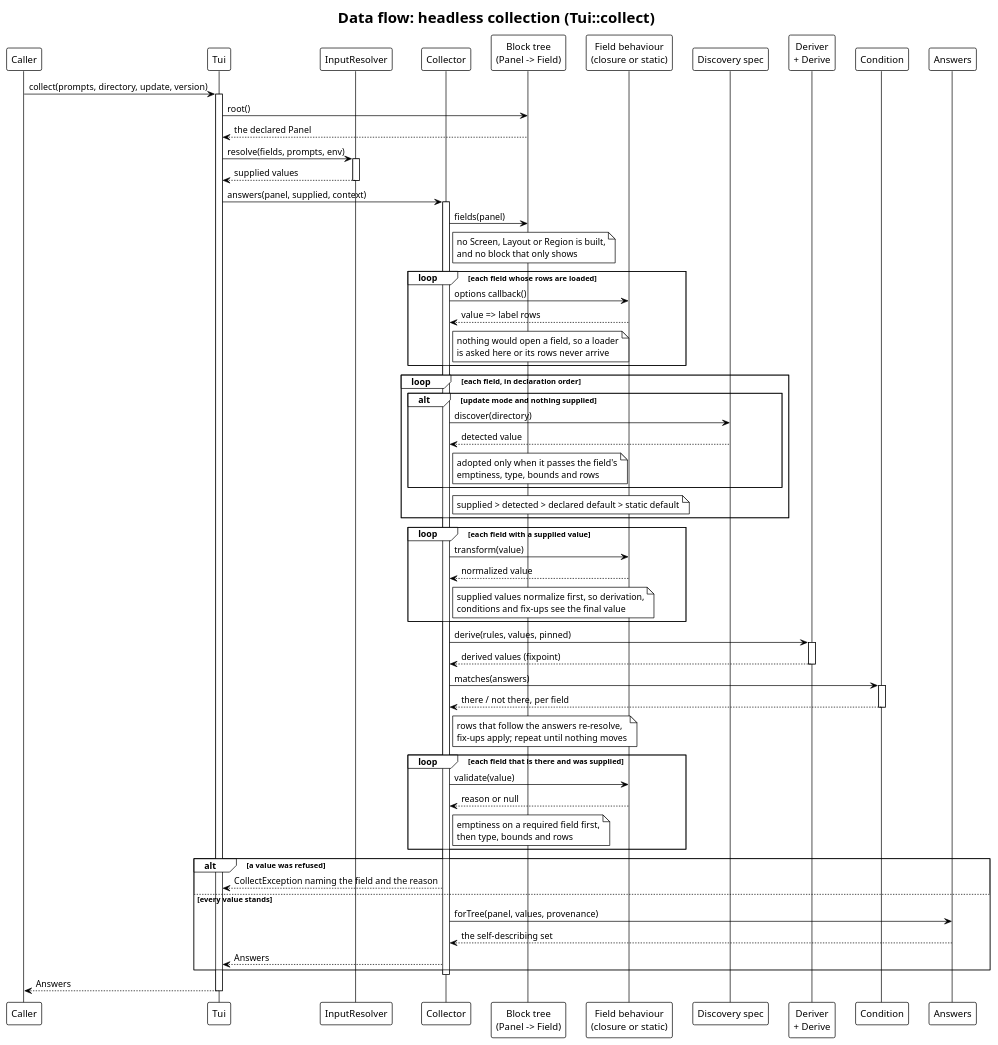
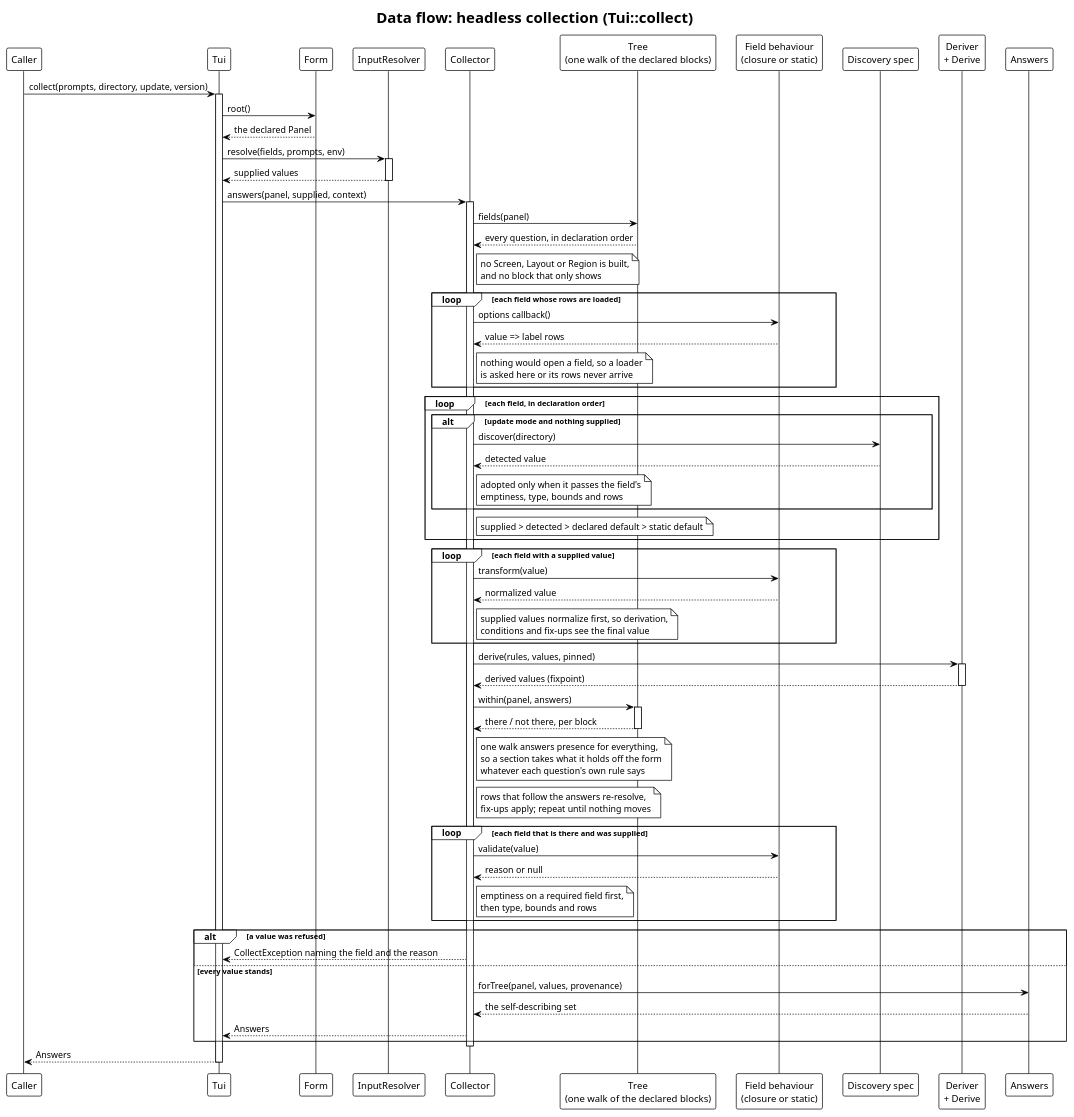
Before and after one commit to drevops/phptui: the diagram in docs/architecture/dataflow-collect.puml, drawn with PlantUML. The commit also changed 326 other files, not shown here.

Commit message:
Resolved the architecture tensions: single-point enforcement, conditional sections, and layout-owned arrangement. (#148)

```diff
--- a/docs/architecture/dataflow-collect.puml
+++ b/docs/architecture/dataflow-collect.puml
@@ -1,89 +1,91 @@
 @startuml
 ' drevops/tui - data flow for headless collection.
 ' Traced from src/Tui.php (collect) and src/Screen/Collector.php
 ' (answers -> fetched -> settle -> resolveAll -> transformSupplied -> stabilize
 ' -> refusal).
 ' Regenerate every SVG with:  plantuml -tsvg docs/architecture/*.puml
 !theme plain
 skinparam backgroundColor white
 skinparam defaultFontName Helvetica
 skinparam shadowing false
 title Data flow: headless collection (Tui::collect)
 
 participant "Caller" as Caller
 participant "Tui" as Tui
+participant "Form" as Form
 participant "InputResolver" as IR
 participant "Collector" as Col
-participant "Block tree\n(Panel -> Field)" as Tree
+participant "Tree\n(one walk of the declared blocks)" as Tree
 participant "Field behaviour\n(closure or static)" as B
 participant "Discovery spec" as Disc
 participant "Deriver\n+ Derive" as Der
-participant "Condition" as CE
 participant "Answers" as Ans
 
 Caller -> Tui: collect(prompts, directory, update, version)
 activate Tui
 
-Tui -> Tree: root()
-Tree --> Tui: the declared Panel
+Tui -> Form: root()
+Form --> Tui: the declared Panel
 
 Tui -> IR: resolve(fields, prompts, env)
 activate IR
 IR --> Tui: supplied values
 deactivate IR
 
 Tui -> Col: answers(panel, supplied, context)
 activate Col
 
 Col -> Tree: fields(panel)
+Tree --> Col: every question, in declaration order
 note right of Col: no Screen, Layout or Region is built,\nand no block that only shows
 
 loop each field whose rows are loaded
   Col -> B: options callback()
   B --> Col: value => label rows
   note right of Col: nothing would open a field, so a loader\nis asked here or its rows never arrive
 end
 
 loop each field, in declaration order
   alt update mode and nothing supplied
     Col -> Disc: discover(directory)
     Disc --> Col: detected value
     note right of Col: adopted only when it passes the field's\nemptiness, type, bounds and rows
   end
   note right of Col: supplied > detected > declared default > static default
 end
 
 loop each field with a supplied value
   Col -> B: transform(value)
   B --> Col: normalized value
   note right of Col: supplied values normalize first, so derivation,\nconditions and fix-ups see the final value
 end
 
 Col -> Der: derive(rules, values, pinned)
 activate Der
 Der --> Col: derived values (fixpoint)
 deactivate Der
-Col -> CE: matches(answers)
-activate CE
-CE --> Col: there / not there, per field
-deactivate CE
+Col -> Tree: within(panel, answers)
+activate Tree
+Tree --> Col: there / not there, per block
+deactivate Tree
+note right of Col: one walk answers presence for everything,\nso a section takes what it holds off the form\nwhatever each question's own rule says
 note right of Col: rows that follow the answers re-resolve,\nfix-ups apply; repeat until nothing moves
 
 loop each field that is there and was supplied
   Col -> B: validate(value)
   B --> Col: reason or null
   note right of Col: emptiness on a required field first,\nthen type, bounds and rows
 end
 
 alt a value was refused
   Col --> Tui: CollectException naming the field and the reason
 else every value stands
   Col -> Ans: forTree(panel, values, provenance)
   Ans --> Col: the self-describing set
   Col --> Tui: Answers
 end
 deactivate Col
 
 Tui --> Caller: Answers
 deactivate Tui
 @enduml
```
